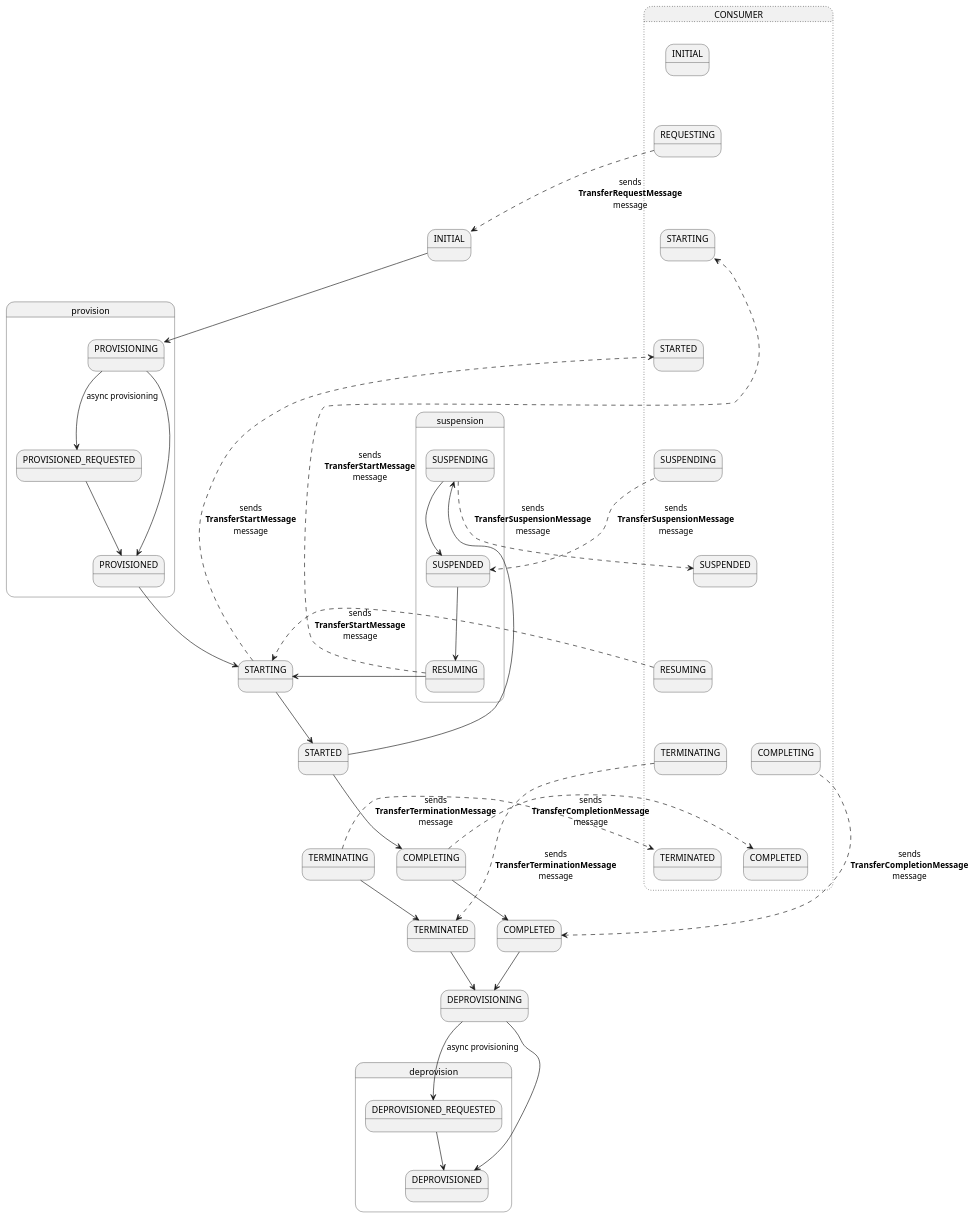
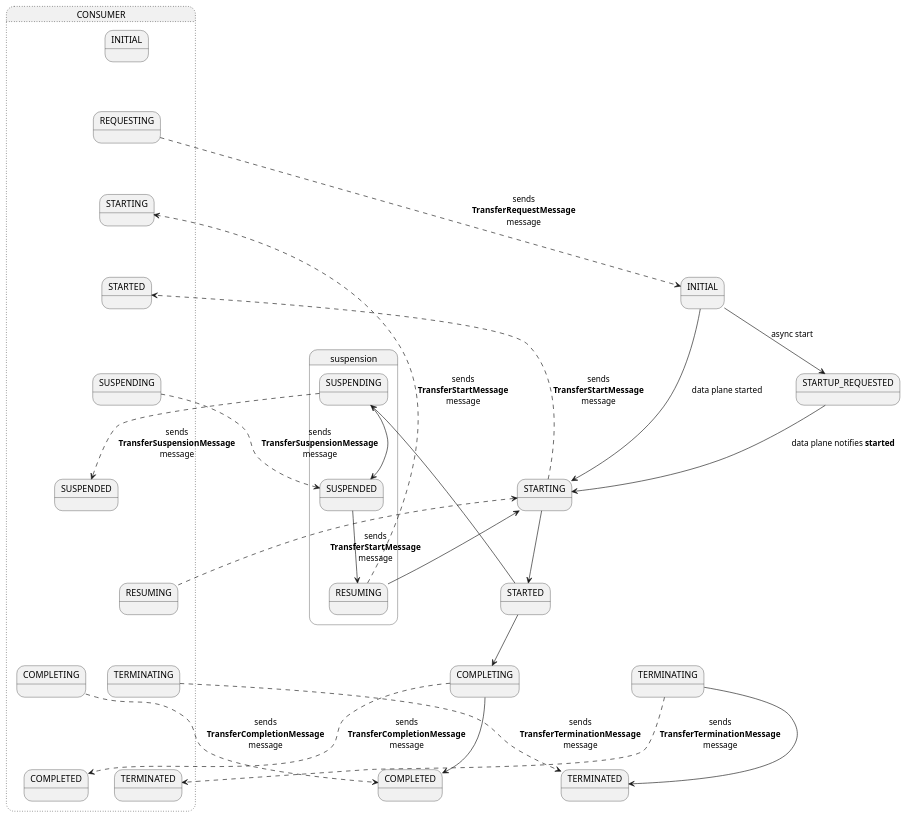
Before and after one commit to eclipse-edc/eclipse-edc.github.io: the diagram in content/en/documentation/for-contributors/control-plane/entities/transfer-process-provider-states.puml, drawn with PlantUML. The commit also changed 37 other files, not shown here.

```diff
--- a/content/en/documentation/for-contributors/control-plane/entities/transfer-process-provider-states.puml
+++ b/content/en/documentation/for-contributors/control-plane/entities/transfer-process-provider-states.puml
@@ -15,115 +15,95 @@
 @startuml
 
 state "INITIAL" as INITIAL_provider {
 }
 state "STARTING" as STARTING_provider {
 }
 state "STARTED" as STARTED_provider {
 }
 state "suspension" as suspension_provider {
 state "SUSPENDING" as SUSPENDING_provider {
 }
 state "SUSPENDED" as SUSPENDED_provider {
 }
 state "RESUMING" as RESUMING_provider {
 }
 STARTED_provider --> SUSPENDING_provider
 SUSPENDING_provider --> SUSPENDED_provider
 SUSPENDED_provider --> RESUMING_provider
 RESUMING_provider --> STARTING_provider
 }
 
 state "COMPLETING" as COMPLETING_provider {
 }
 state "COMPLETED" as COMPLETED_provider {
 }
-state "provision" as provision_provider {
-  state "PROVISIONING" as PROVISIONING_provider {
-  }
-  state "PROVISIONED_REQUESTED" as PROVISIONED_REQUESTED_provider {
-  }
-  state "PROVISIONED" as PROVISIONED_provider {
-  }
-  PROVISIONING_provider --> PROVISIONED_REQUESTED_provider : async provisioning
-  PROVISIONED_REQUESTED_provider --> PROVISIONED_provider
-  PROVISIONING_provider --> PROVISIONED_provider
+state "STARTUP_REQUESTED" as STARTUP_REQUESTED_provider {
 }
 state "TERMINATING" as TERMINATING_provider {
 }
 state "TERMINATED" as TERMINATED_provider {
 }
 
 state CONSUMER ##[dotted] {
   state "INITIAL" as INITIAL_consumer {
   }
   state "STARTING" as STARTING_consumer {
   }
   state "STARTED" as STARTED_consumer {
   }
   state "SUSPENDING" as SUSPENDING_consumer {
   }
   state "SUSPENDED" as SUSPENDED_consumer {
   }
   state "RESUMING" as RESUMING_consumer {
   }
   state "COMPLETING" as COMPLETING_consumer {
   }
   state "COMPLETED" as COMPLETED_consumer {
   }
   state "TERMINATING" as TERMINATING_consumer {
   }
   state "TERMINATED" as TERMINATED_consumer {
   }
 
   INITIAL_consumer -[hidden]-> REQUESTING : used for layout
   REQUESTING -[hidden]-> STARTING_consumer : used for layout
   STARTING_consumer -[hidden]-> STARTED_consumer : used for layout
   STARTED_consumer -[hidden]-> SUSPENDING_consumer : used for layout
   SUSPENDING_consumer -[hidden]-> SUSPENDED_consumer : used for layout
   SUSPENDED_consumer -[hidden]-> COMPLETING_consumer : used for layout
   SUSPENDED_consumer -[hidden]-> RESUMING_consumer : used for layout
   RESUMING_consumer -[hidden]-> COMPLETING_consumer : used for layout
   RESUMING_consumer -[hidden]-> TERMINATING_consumer : used for layout
   COMPLETING_consumer -[hidden]-> COMPLETED_consumer : used for layout
   TERMINATING_consumer -[hidden]-> TERMINATED_consumer : used for layout
 
   REQUESTING -[dashed]-> INITIAL_provider : sends\n**TransferRequestMessage**\nmessage
   SUSPENDING_consumer -[dashed]-> SUSPENDED_provider : sends\n**TransferSuspensionMessage**\nmessage
   RESUMING_consumer -[dashed]-> STARTING_provider : sends\n**TransferStartMessage**\nmessage
   COMPLETING_consumer -[dashed]-> COMPLETED_provider : sends\n**TransferCompletionMessage**\nmessage
   TERMINATING_consumer -[dashed]-> TERMINATED_provider : sends\n**TransferTerminationMessage**\nmessage
 
 ' incoming messages
   STARTING_provider -right[dashed]-> STARTED_consumer : sends\n**TransferStartMessage**\nmessage
   SUSPENDING_provider -right[dashed]-> SUSPENDED_consumer : sends\n**TransferSuspensionMessage**\nmessage
   RESUMING_provider -right[dashed]-> STARTING_consumer : sends\n**TransferStartMessage**\nmessage
   COMPLETING_provider -right[dashed]-> COMPLETED_consumer : sends\n**TransferCompletionMessage**\nmessage
   TERMINATING_provider -right[dashed]-> TERMINATED_consumer : sends\n**TransferTerminationMessage**\nmessage
 }
 
-INITIAL_provider --> PROVISIONING_provider
-PROVISIONED_provider --> STARTING_provider
+INITIAL_provider --> STARTING_provider : data plane started
+INITIAL_provider --> STARTUP_REQUESTED_provider : async start
+STARTUP_REQUESTED_provider --> STARTING_provider : data plane notifies **started**
 STARTING_provider --> STARTED_provider
 
 STARTED_provider --> COMPLETING_provider
 COMPLETING_provider --> COMPLETED_provider
 
-COMPLETED_provider --> DEPROVISIONING
 
 STARTED_provider -[hidden]-> TERMINATING_provider : used for layout
 TERMINATING_provider --> TERMINATED_provider
-TERMINATED_provider --> DEPROVISIONING
 
 
 
-state deprovision {
-    state DEPROVISIONING {
-    }
-    state DEPROVISIONED {
-    }
-    DEPROVISIONING --> DEPROVISIONED_REQUESTED : async provisioning
-    DEPROVISIONED_REQUESTED --> DEPROVISIONED
-    DEPROVISIONING --> DEPROVISIONED
-}
-
 @enduml
```
